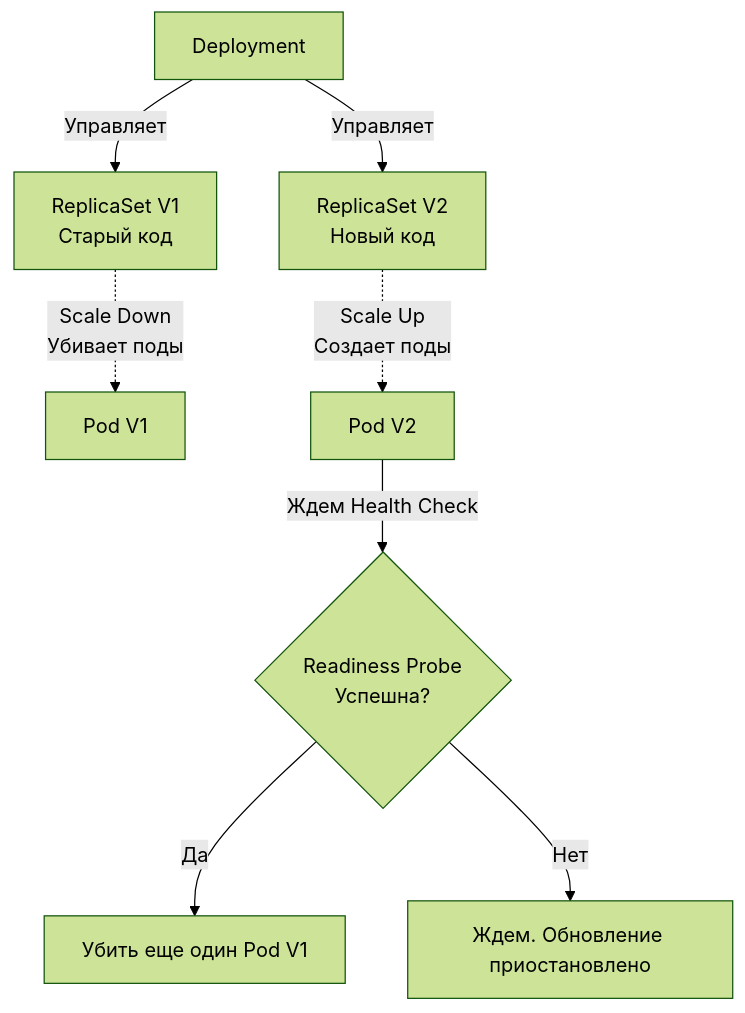
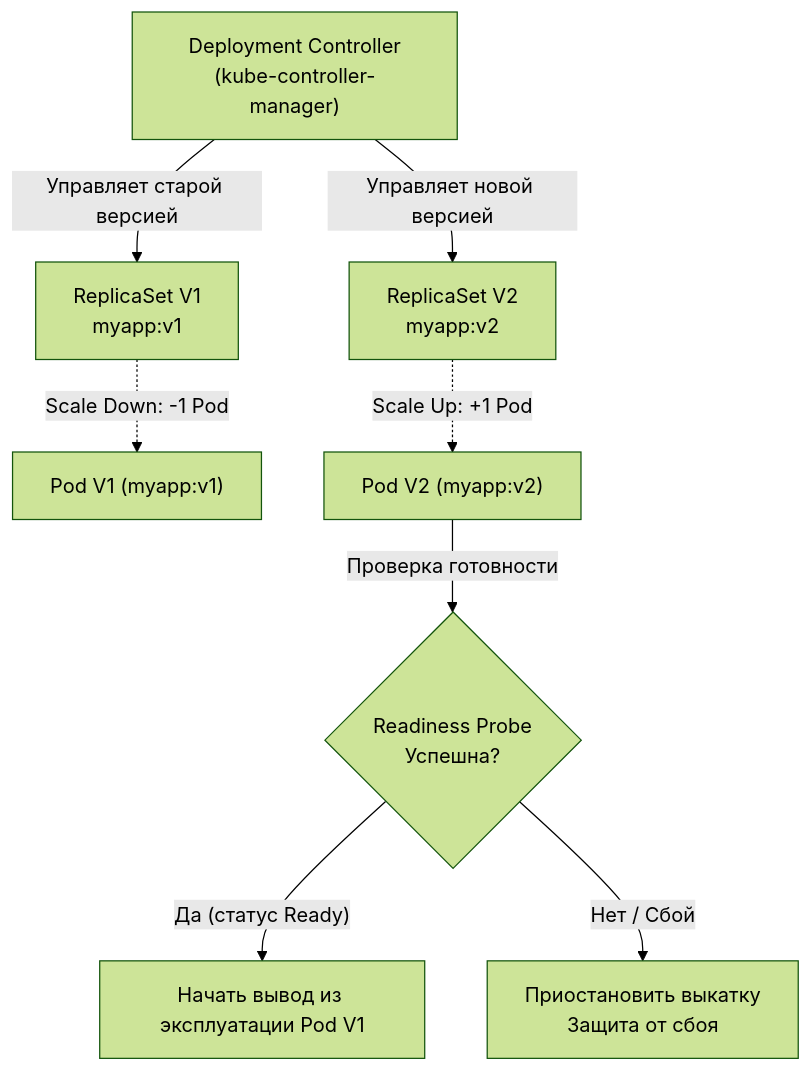
One commit to UnrealTemplier/go-textbook changed the second of 4 diagrams in sources/14. Распределенные системы на Go/07. Kubernetes и деплой/6. Rolling updates.md. Above: the diagram before and after it, drawn with Mermaid (forest theme). The commit also changed other lines of this file, not shown here.

````diff
--- a/sources/14. Распределенные системы на Go/07. Kubernetes и деплой/6. Rolling updates.md
+++ b/sources/14. Распределенные системы на Go/07. Kubernetes и деплой/6. Rolling updates.md
@@ -17,12 +43,12 @@
 ```mermaid
 flowchart TD
-    D["Deployment"] -->|"Управляет"| RS1["ReplicaSet V1<br>Старый код"]
-    D -->|"Управляет"| RS2["ReplicaSet V2<br>Новый код"]
+    D["Deployment Controller\n(kube-controller-manager)"] -->|"Управляет старой версией"| RS1["ReplicaSet V1\nmyapp:v1"]
+    D -->|"Управляет новой версией"| RS2["ReplicaSet V2\nmyapp:v2"]
     
-    RS1 -.->|"Scale Down<br>Убивает поды"| P1["Pod V1"]
-    RS2 -.->|"Scale Up<br>Создает поды"| P2["Pod V2"]
+    RS1 -.->|"Scale Down: -1 Pod"| P1["Pod V1 (myapp:v1)"]
+    RS2 -.->|"Scale Up: +1 Pod"| P2["Pod V2 (myapp:v2)"]
     
-    P2 -->|"Ждем Health Check"| Ready{"Readiness Probe<br>Успешна?"}
-    Ready -->|"Да"| Next["Убить еще один Pod V1"]
-    Ready -->|"Нет"| Wait["Ждем. Обновление приостановлено"]
+    P2 -->|"Проверка готовности"| Ready{"Readiness Probe\nУспешна?"}
+    Ready -->|"Да (статус Ready)"| Drain["Начать вывод из эксплуатации Pod V1"]
+    Ready -->|"Нет / Сбой"| Halt["Приостановить выкатку\nЗащита от сбоя"]
 ```
````
